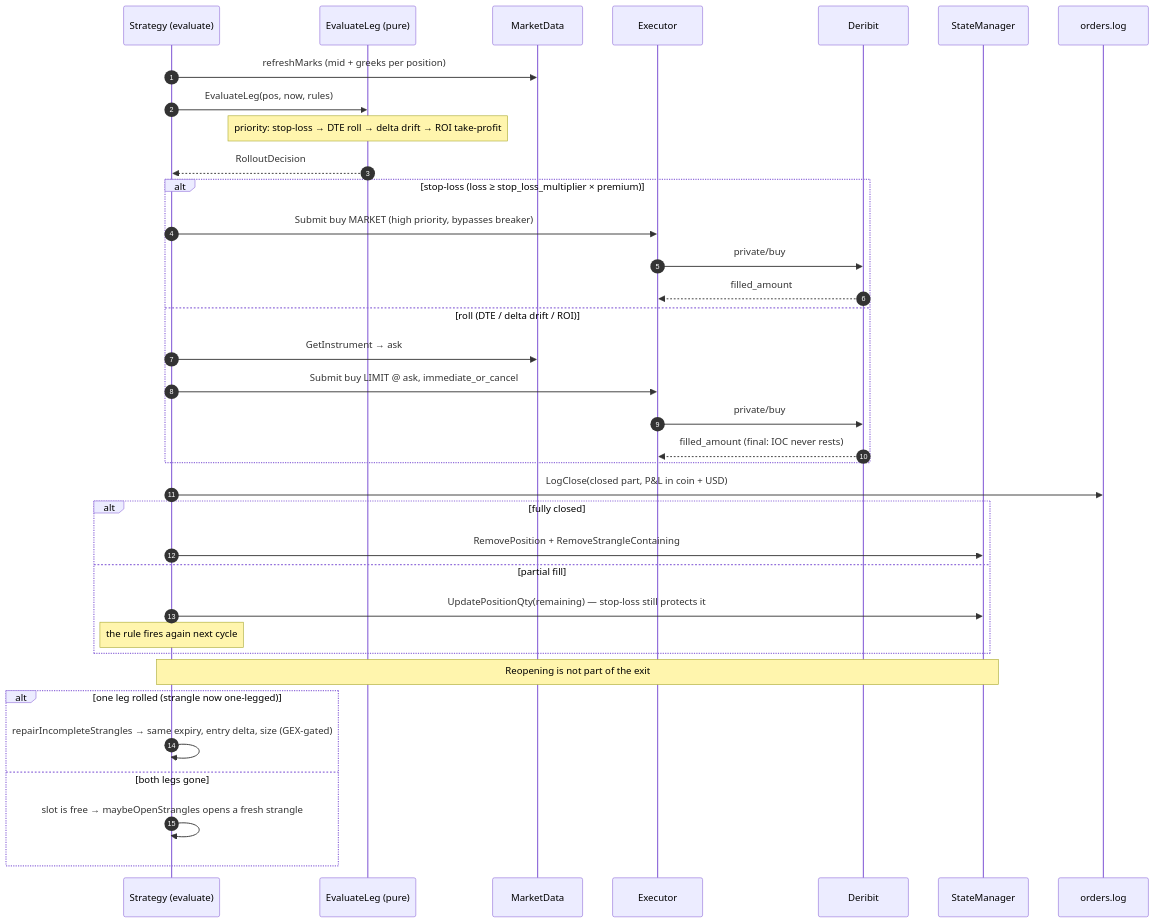
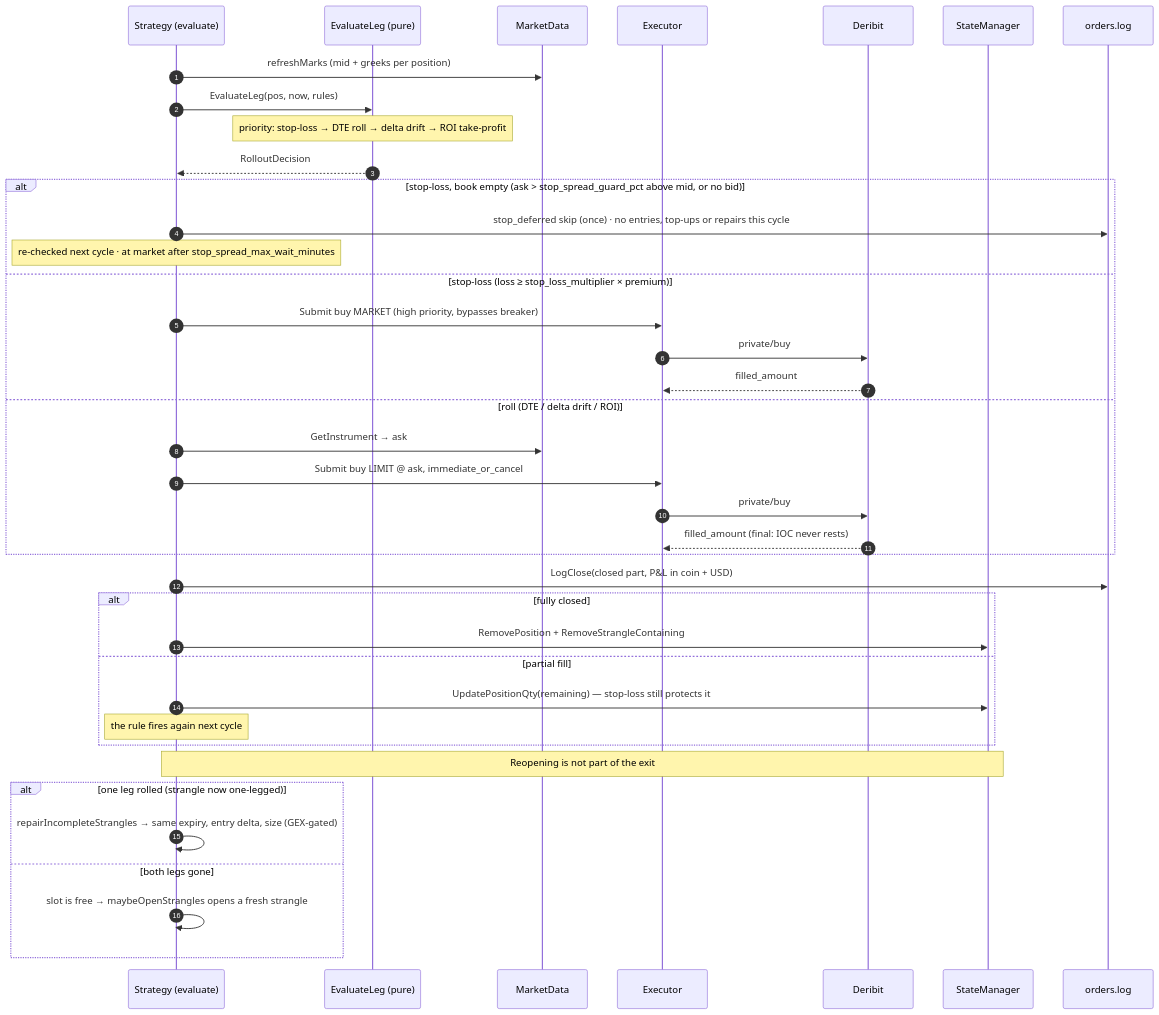
The diagram in docs/seq_exit.mmd (rchau73/optionsBot), drawn with Mermaid before and after one commit. The commit also changed 20 other files, not shown here.

```diff
--- a/docs/seq_exit.mmd
+++ b/docs/seq_exit.mmd
@@ -1,40 +1,43 @@
 sequenceDiagram
     autonumber
     participant S as Strategy (evaluate)
     participant R as EvaluateLeg (pure)
     participant MD as MarketData
     participant X as Executor
     participant D as Deribit
     participant SM as StateManager
     participant J as orders.log
 
     S->>MD: refreshMarks (mid + greeks per position)
     S->>R: EvaluateLeg(pos, now, rules)
     Note over R: priority: stop-loss → DTE roll → delta drift → ROI take-profit
     R-->>S: RolloutDecision
 
-    alt stop-loss (loss ≥ stop_loss_multiplier × premium)
+    alt stop-loss, book empty (ask > stop_spread_guard_pct above mid, or no bid)
+        S->>J: stop_deferred skip (once) · no entries, top-ups or repairs this cycle
+        Note over S: re-checked next cycle · at market after stop_spread_max_wait_minutes
+    else stop-loss (loss ≥ stop_loss_multiplier × premium)
         S->>X: Submit buy MARKET (high priority, bypasses breaker)
         X->>D: private/buy
         D-->>X: filled_amount
     else roll (DTE / delta drift / ROI)
         S->>MD: GetInstrument → ask
         S->>X: Submit buy LIMIT @ ask, immediate_or_cancel
         X->>D: private/buy
         D-->>X: filled_amount (final: IOC never rests)
     end
 
     S->>J: LogClose(closed part, P&L in coin + USD)
     alt fully closed
         S->>SM: RemovePosition + RemoveStrangleContaining
     else partial fill
         S->>SM: UpdatePositionQty(remaining) — stop-loss still protects it
         Note over S: the rule fires again next cycle
     end
 
     Note over S,SM: Reopening is not part of the exit
     alt one leg rolled (strangle now one-legged)
         S->>S: repairIncompleteStrangles → same expiry, entry delta, size (GEX-gated)
     else both legs gone
         S->>S: slot is free → maybeOpenStrangles opens a fresh strangle
     end
```
